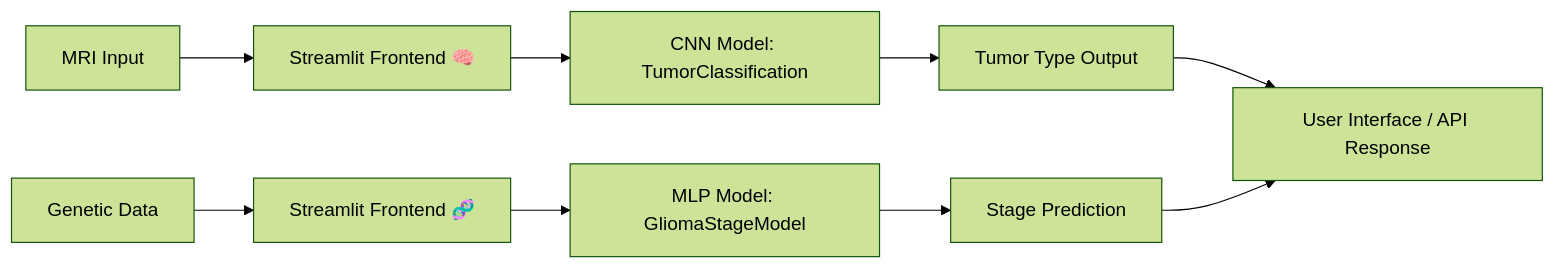
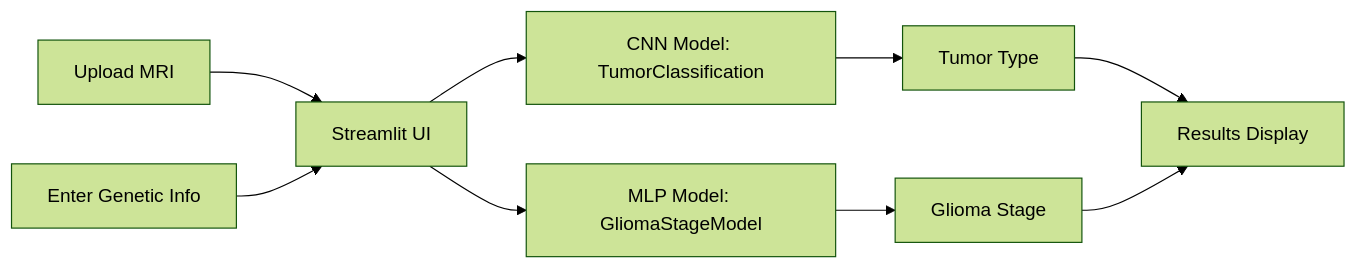
The diagram in README.md (S4lmankhan/NeuroAssistAiModel), drawn with Mermaid (forest theme) before and after one commit. The commit also changed other lines of this file, not shown here.

`````diff
--- a/README.md
+++ b/README.md
@@ -81,11 +53,10 @@
 ```mermaid
 flowchart LR
-    A[MRI Input] --> B[Streamlit Frontend 🧠]
-    B --> C[CNN Model: TumorClassification]
-    C --> D[Tumor Type Output]
-    E[Genetic Data] --> F[Streamlit Frontend 🧬]
-    F --> G[MLP Model: GliomaStageModel]
-    G --> H[Stage Prediction]
-    
-    D & H --> I[User Interface / API Response]
-```
+  A[Upload MRI] --> B[Streamlit UI]
+  B --> C[CNN Model: TumorClassification]
+  C --> D[Tumor Type]
+  E[Enter Genetic Info] --> B
+  B --> F[MLP Model: GliomaStageModel]
+  F --> G[Glioma Stage]
+  D & G --> H[Results Display]
+````
`````
